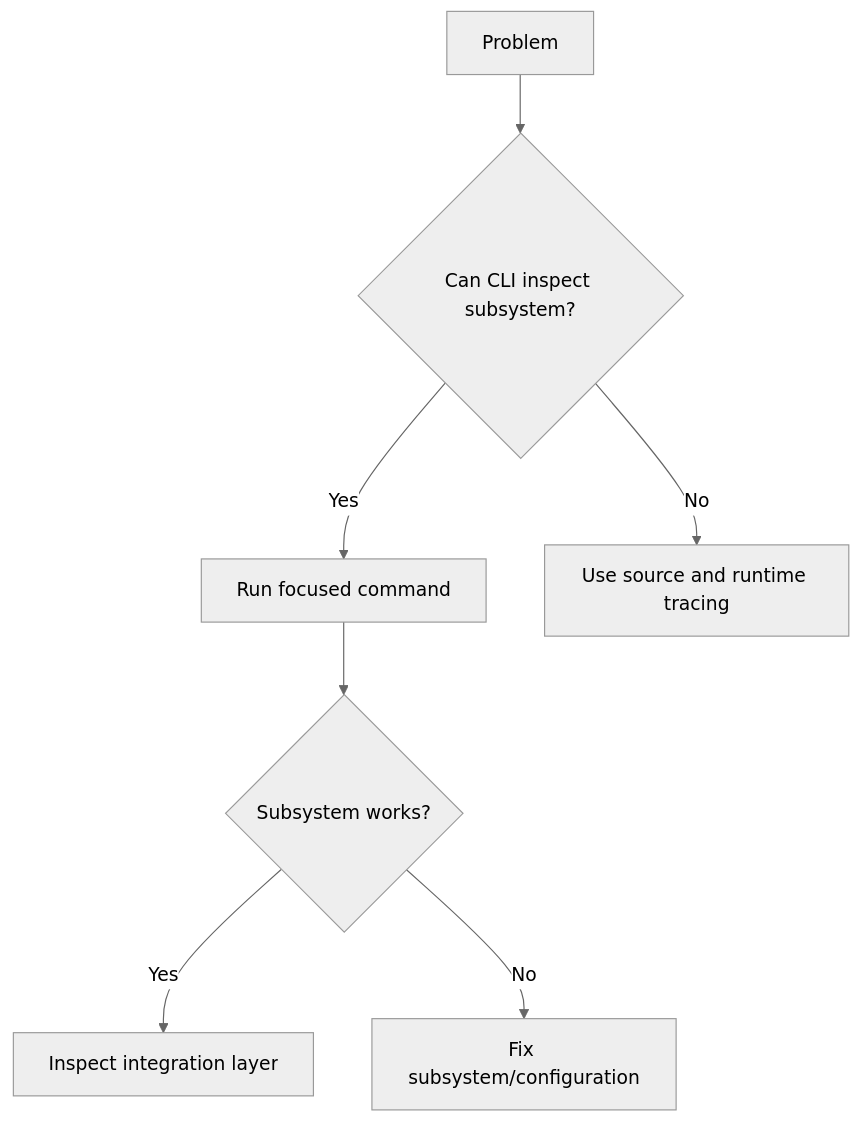
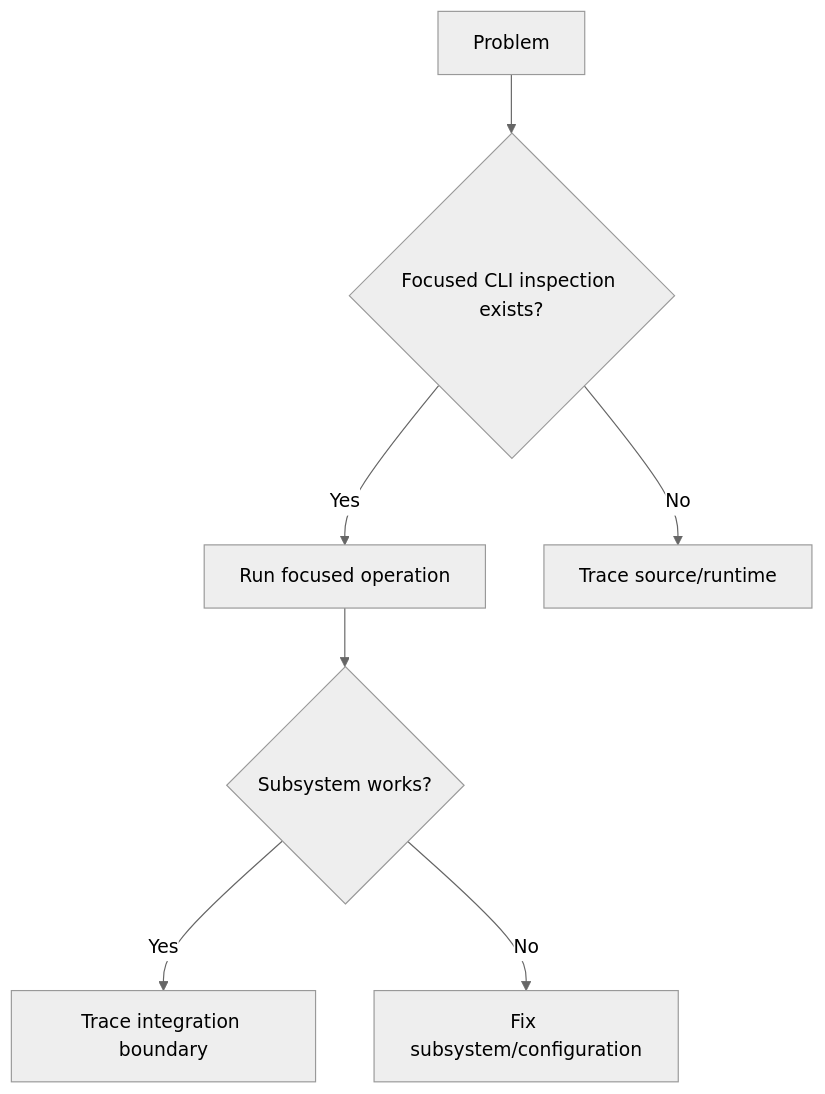
One commit to shuklasp/spp changed the fourth of 4 diagrams in documentation/handbook/19-cli-and-developer-tooling.md. Above: the diagram before and after it, drawn with Mermaid (neutral theme). The commit also changed other lines of this file, not shown here.

Commit message:
docs: clarify CLI versus service architecture

````diff
--- a/documentation/handbook/19-cli-and-developer-tooling.md
+++ b/documentation/handbook/19-cli-and-developer-tooling.md
@@ -305,9 +176,9 @@
 ```mermaid
 flowchart TD
-    A[Problem] --> B{Can CLI inspect subsystem?}
-    B -- Yes --> C[Run focused command]
+    A[Problem] --> B{Focused CLI inspection exists?}
+    B -- Yes --> C[Run focused operation]
     C --> D{Subsystem works?}
-    D -- Yes --> E[Inspect integration layer]
+    D -- Yes --> E[Trace integration boundary]
     D -- No --> F[Fix subsystem/configuration]
-    B -- No --> G[Use source and runtime tracing]
+    B -- No --> G[Trace source/runtime]
 ```
````
